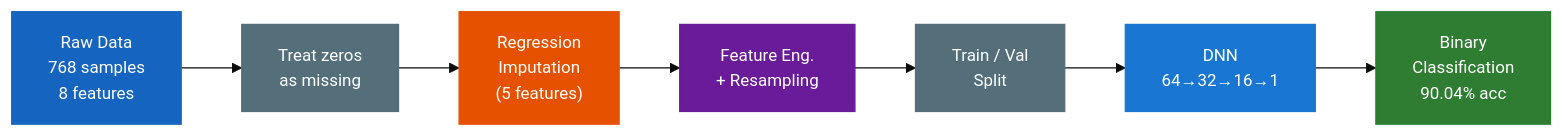
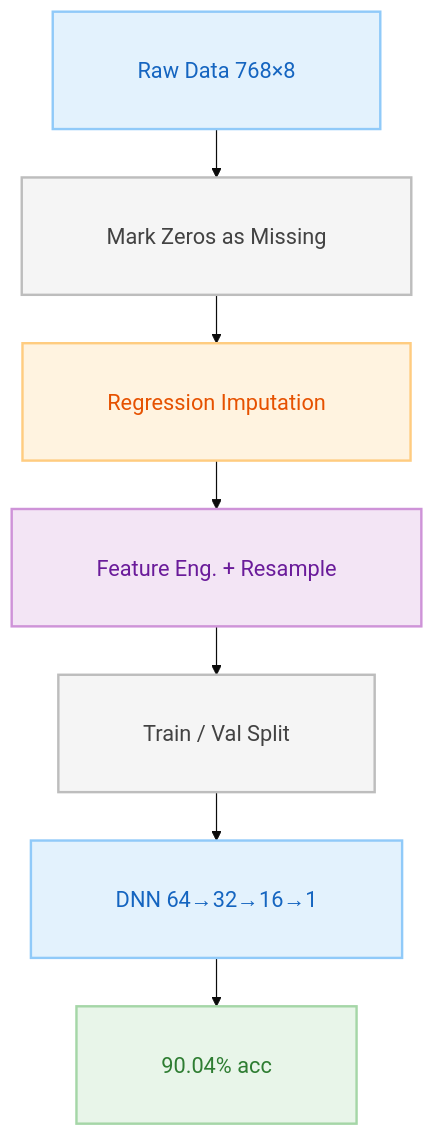
One commit to buttegggggggg/buttegggggggg.github.io changed the first of 5 diagrams in ML.qmd. Above: the diagram before and after it, drawn with Mermaid. The commit also changed other lines of this file and 79 other files, not shown here.

````diff
--- a/ML.qmd
+++ b/ML.qmd
@@ -59,21 +57,18 @@
 ```{mermaid}
-%%{init: {"theme": "base", "themeVariables": {"fontSize": "14px"}}}%%
-flowchart LR
-    A["Raw Data<br/>768 samples<br/>8 features"]
-    B["Treat zeros<br/>as missing"]
-    C["Regression<br/>Imputation<br/>(5 features)"]
-    D["Feature Eng.<br/>+ Resampling"]
-    E["Train / Val<br/>Split"]
-    F["DNN<br/>64→32→16→1"]
-    G["Binary<br/>Classification<br/>90.04% acc"]
+%%{init: {"theme": "base", "themeVariables": {"fontSize": "18px"}, "flowchart": {"padding": 35, "nodeSpacing": 25, "rankSpacing": 40}}}%%
+flowchart TD
+    A["Raw Data 768×8     "] --> B["Mark Zeros as Missing     "]
+    B --> C["Regression Imputation     "]
+    C --> D["Feature Eng. + Resample     "]
+    D --> E["Train / Val Split     "]
+    E --> F["DNN 64→32→16→1     "]
+    F --> G["90.04% acc     "]
 
-    A --> B --> C --> D --> E --> F --> G
-
-    style A fill:#1565C0,color:#fff,stroke:#1565C0
-    style B fill:#546E7A,color:#fff,stroke:#546E7A
-    style C fill:#E65100,color:#fff,stroke:#E65100
-    style D fill:#6A1B9A,color:#fff,stroke:#6A1B9A
-    style E fill:#546E7A,color:#fff,stroke:#546E7A
-    style F fill:#1976D2,color:#fff,stroke:#1976D2
-    style G fill:#2E7D32,color:#fff,stroke:#2E7D32
+    style A fill:#E3F2FD,color:#1565C0,stroke:#90CAF9,stroke-width:2px
+    style B fill:#F5F5F5,color:#424242,stroke:#BDBDBD,stroke-width:2px
+    style C fill:#FFF3E0,color:#E65100,stroke:#FFCC80,stroke-width:2px
+    style D fill:#F3E5F5,color:#6A1B9A,stroke:#CE93D8,stroke-width:2px
+    style E fill:#F5F5F5,color:#424242,stroke:#BDBDBD,stroke-width:2px
+    style F fill:#E3F2FD,color:#1565C0,stroke:#90CAF9,stroke-width:2px
+    style G fill:#E8F5E9,color:#2E7D32,stroke:#A5D6A7,stroke-width:2px
 ```
````
